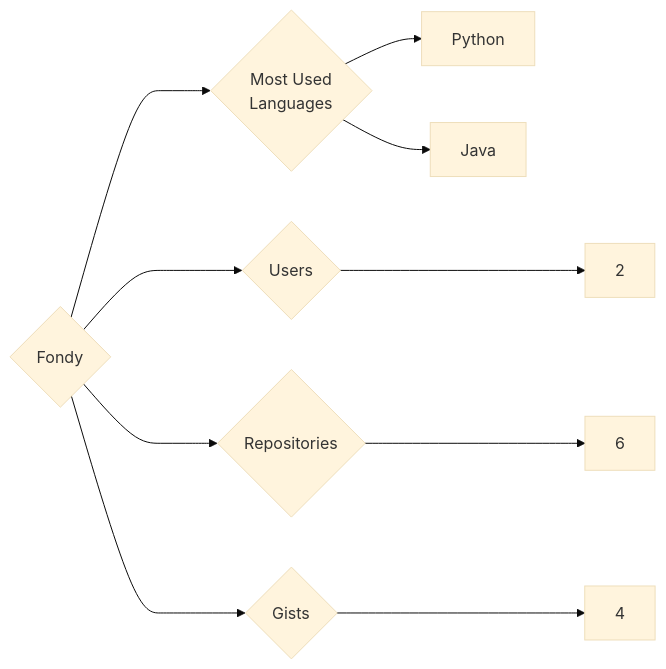
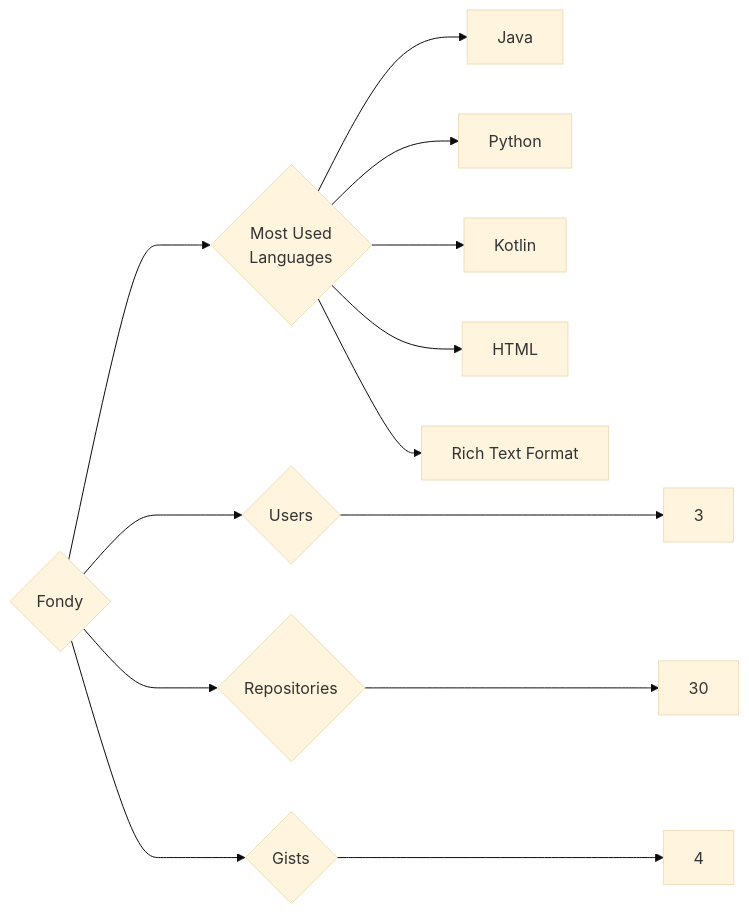
One commit to trickest/insiders changed the diagram in targets/Fondy/README.md. Above: the diagram before and after it, drawn with Mermaid (base theme). The commit also changed 845 other files, not shown here.

````diff
--- a/targets/Fondy/README.md
+++ b/targets/Fondy/README.md
@@ -3,10 +3,13 @@
 ```mermaid
 graph LR
 COMPANY_NAME{Fondy}
-COMPANY_NAME ---> U{Users} ---> UN[2]
-COMPANY_NAME ---> R{Repositories} ---> RN[6]
+COMPANY_NAME ---> U{Users} ---> UN[3]
+COMPANY_NAME ---> R{Repositories} ---> RN[30]
 COMPANY_NAME ---> G{Gists} ---> GN[4]
 COMPANY_NAME ---> ML{Most Used<br>Languages}
+ML --> Java[Java]
 ML --> Python[Python]
-ML --> Java[Java]
+ML --> Kotlin[Kotlin]
+ML --> HTML[HTML]
+ML --> Rich_Text_Format[Rich Text Format]
 ```
````
